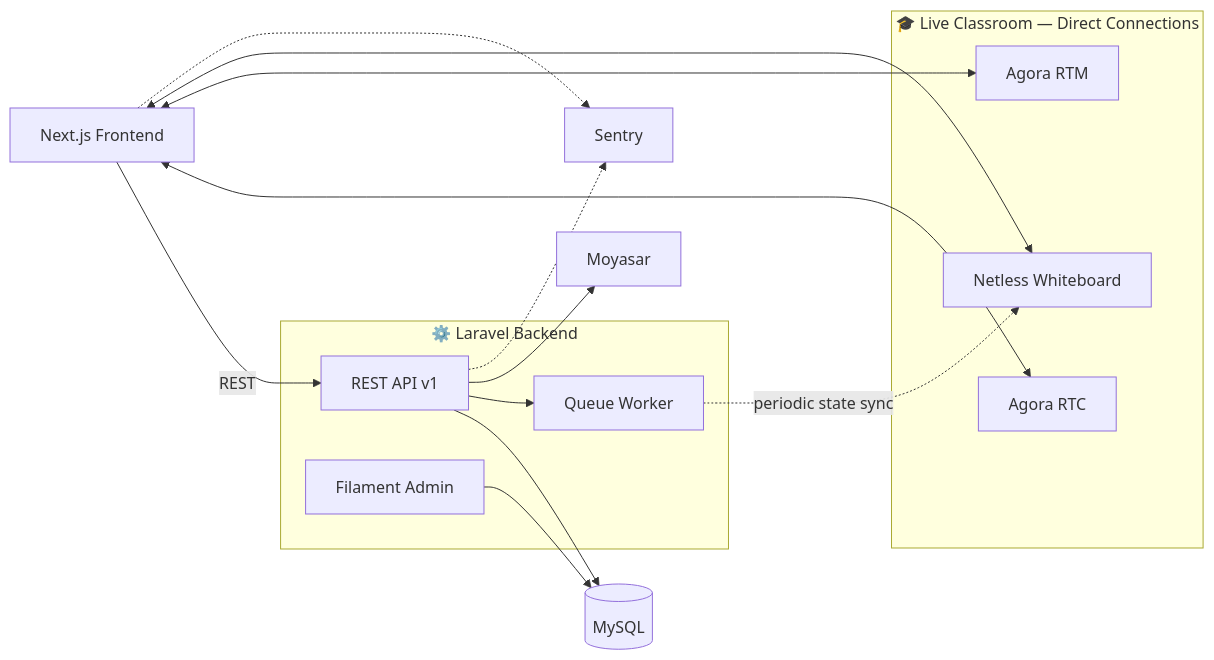
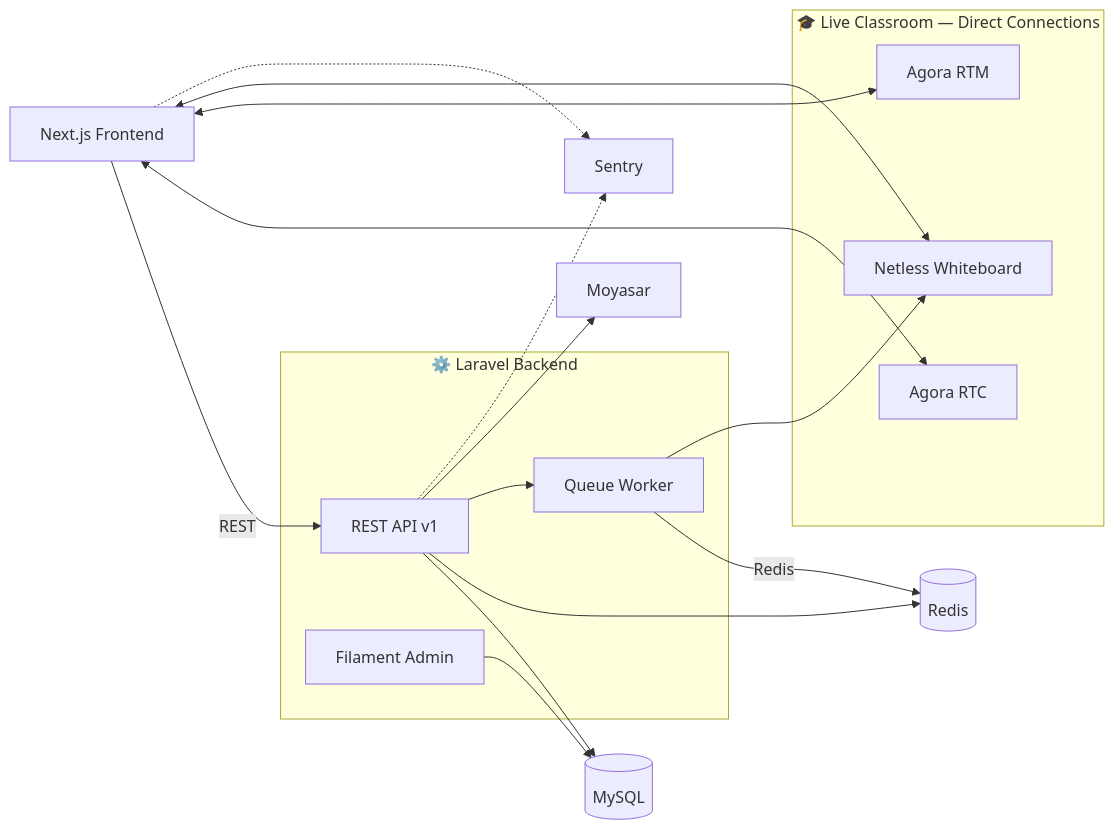
One commit to Ammar-1993/Ammar-1993 changed the diagram in README.md. Above: the diagram before and after it, drawn with Mermaid.

Commit message:
Update architecture diagram in README.md

````diff
--- a/README.md
+++ b/README.md
@@ -49,32 +49,35 @@
 ```mermaid
 graph LR
     FE[Next.js Frontend]
 
     subgraph Live["🎓 Live Classroom — Direct Connections"]
         RTC[Agora RTC]
         RTM[Agora RTM]
         WB[Netless Whiteboard]
     end
 
     subgraph BE["⚙️ Laravel Backend"]
         API[REST API v1]
         ADMIN[Filament Admin]
         QUEUE[Queue Worker]
     end
 
     DB[(MySQL)]
+    REDIS[(Redis)]
     PAY[Moyasar]
     MON[Sentry]
 
     FE -->|REST| API
     FE <--> RTC
     FE <--> RTM
     FE <--> WB
     API --> DB
+    API --> REDIS
     ADMIN --> DB
     API --> QUEUE
-    QUEUE -.->|periodic state sync| WB
+    QUEUE -->|Redis| REDIS
+    QUEUE --> WB
     API --> PAY
     API -.-> MON
     FE -.-> MON
 ```
````
